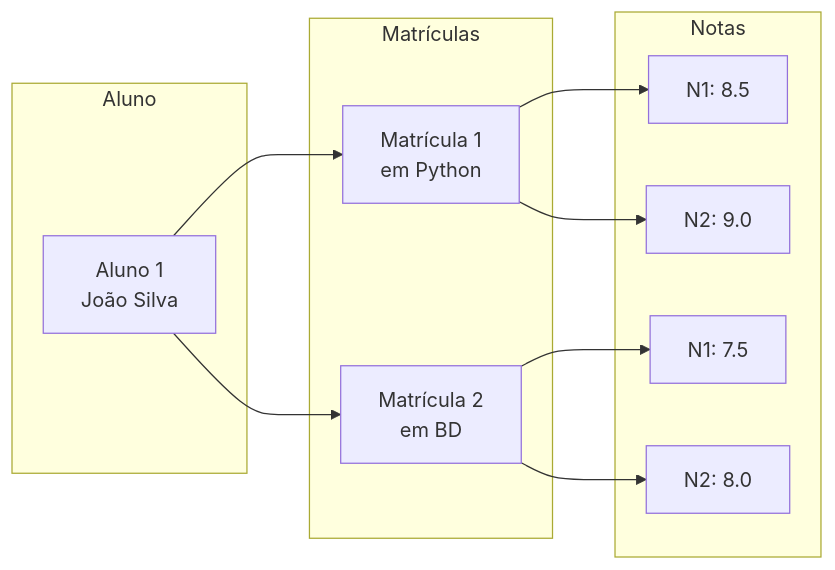
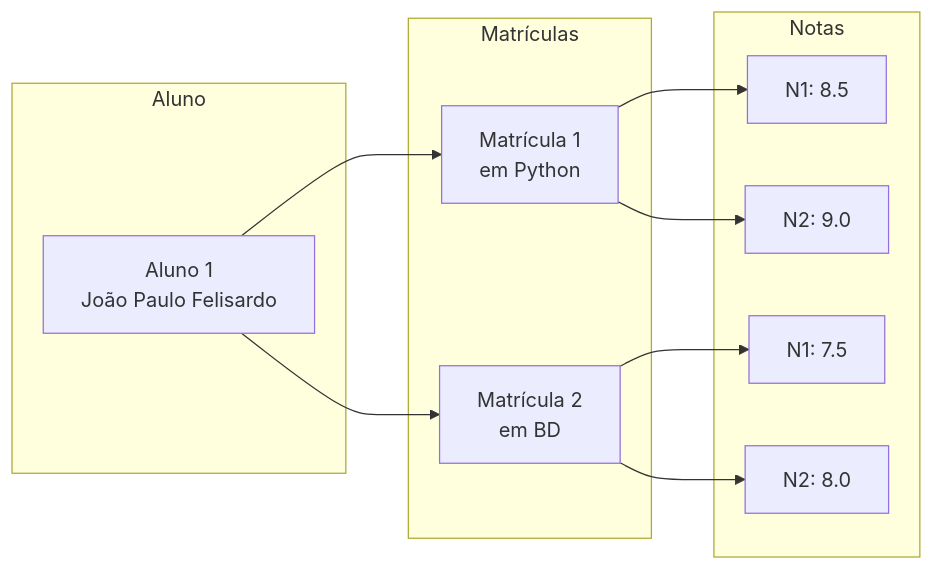
The third of 7 diagrams in FLUXOGRAMA.md (joaopaulo3007/Gerenciamento-academico), drawn with Mermaid before and after one commit. The commit also changed 7 other files, not shown here.

````diff
--- a/FLUXOGRAMA.md
+++ b/FLUXOGRAMA.md
@@ -46,25 +46,25 @@
 ```mermaid
 graph LR
     subgraph "Aluno"
-        A1["Aluno 1<br/>João Silva"]
+        A1["Aluno 1<br/>João Paulo Felisardo"]
     end
     
     subgraph "Matrículas"
         M1["Matrícula 1<br/>em Python"]
         M2["Matrícula 2<br/>em BD"]
     end
     
     subgraph "Notas"
         N1["N1: 8.5"]
         N2["N2: 9.0"]
         N3["N1: 7.5"]
         N4["N2: 8.0"]
     end
     
     A1 --> M1
     A1 --> M2
     M1 --> N1
     M1 --> N2
     M2 --> N3
     M2 --> N4
 ```
````
